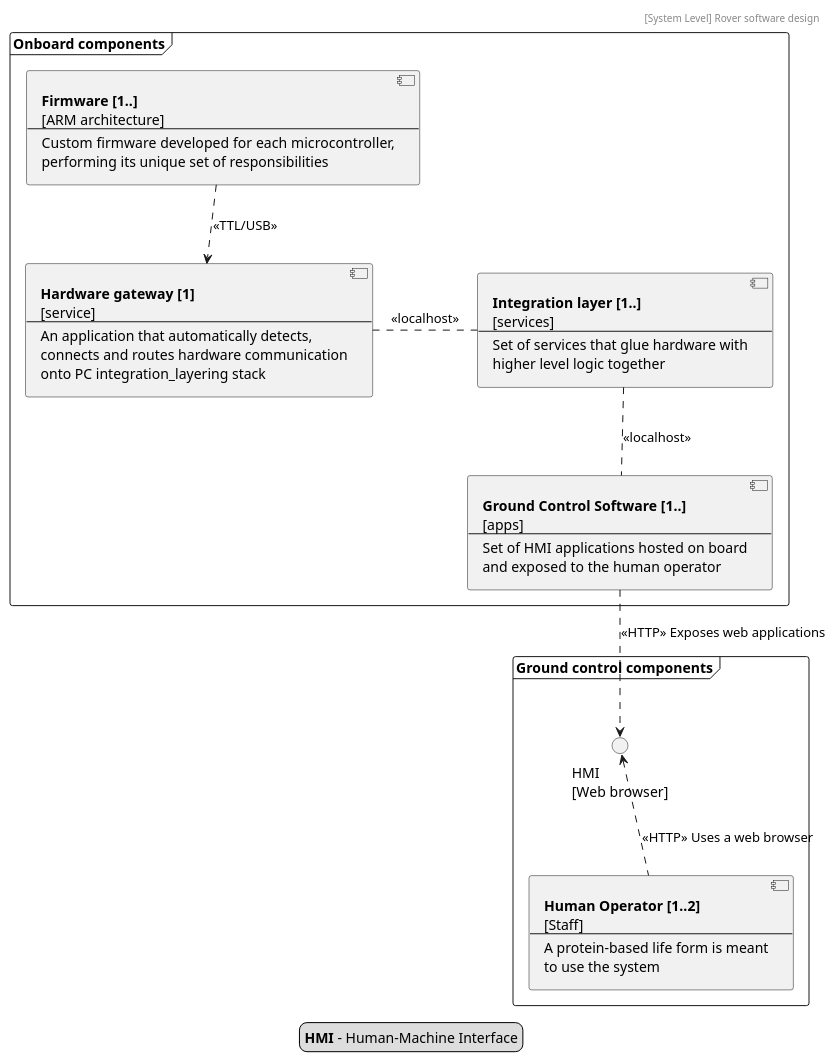
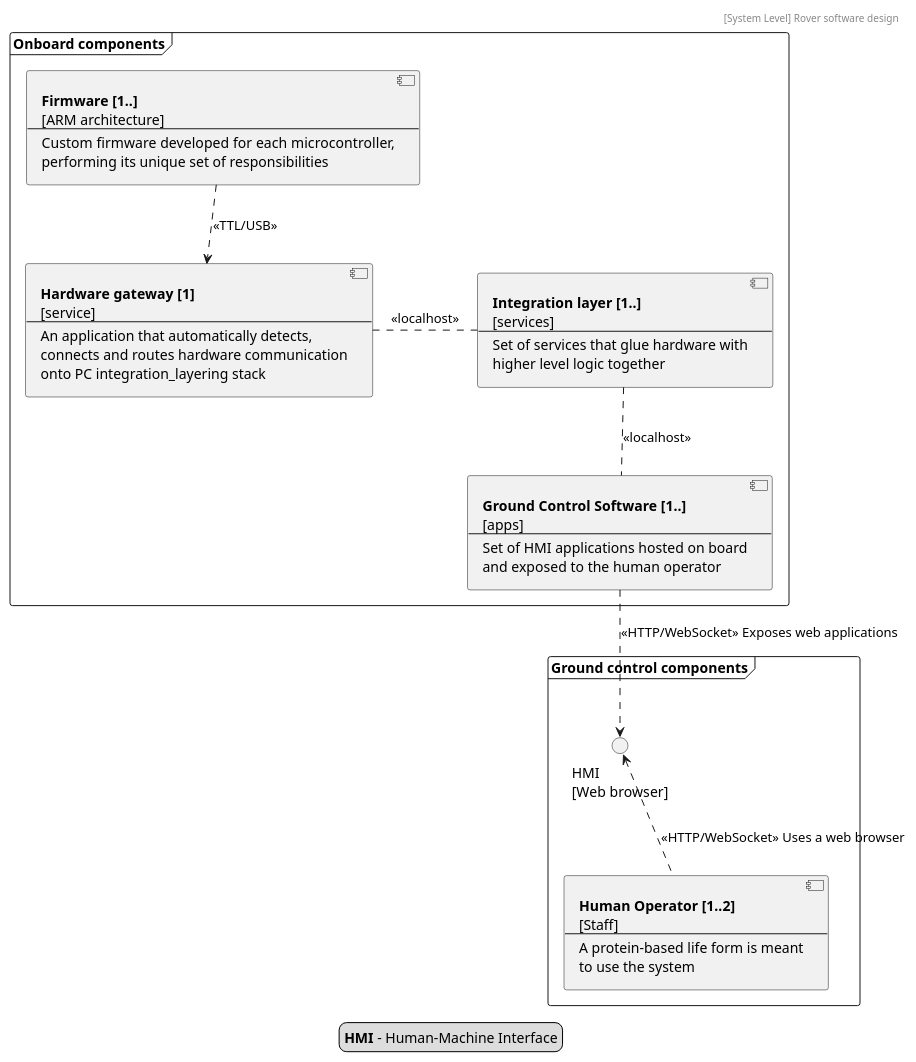
The diagram in uml/c4model/01_system_level/020_system_rover_software_component_diagram.puml (krkruk/mqtt-robot-framework), drawn with PlantUML before and after one commit. The commit also changed 8 other files, not shown here.

```diff
--- a/uml/c4model/01_system_level/020_system_rover_software_component_diagram.puml
+++ b/uml/c4model/01_system_level/020_system_rover_software_component_diagram.puml
@@ -1,51 +1,51 @@
 @startuml [System Level] Rover software design
 header [System Level] Rover software design
 
 frame "Onboard components" {
     component firmware as "**Firmware [1..]**
     [ARM architecture]
     ---
     Custom firmware developed for each microcontroller,
     performing its unique set of responsibilities"
 
     component hardware_gateway as "**Hardware gateway [1]**
     [service]
     ---
     An application that automatically detects,
     connects and routes hardware communication
     onto PC integration_layering stack"
 
     component integration_layer as "**Integration layer [1..]**
     [services]
     ---
     Set of services that glue hardware with
     higher level logic together"
 
     component ground_ctrl_software as "**Ground Control Software [1..]**
     [apps]
     ---
     Set of HMI applications hosted on board
     and exposed to the human operator"
 }
 
 frame "Ground control components" {
 
     component operator as "**Human Operator [1..2]**
     [Staff]
     ---
     A protein-based life form is meant
     to use the system"
 
     () hmi as "HMI\n[Web browser]"
 }
 
 ground_ctrl_software .up. integration_layer: <<localhost>>
 hardware_gateway . integration_layer: <<localhost>>
 firmware .down.> hardware_gateway: <<TTL/USB>>
-operator .up.> hmi: <<HTTP>> Uses a web browser
-ground_ctrl_software .down.> hmi: <<HTTP>> Exposes web applications
+operator .up.> hmi: <<HTTP/WebSocket>> Uses a web browser
+ground_ctrl_software .down.> hmi: <<HTTP/WebSocket>> Exposes web applications
 
 legend
     **HMI** - Human-Machine Interface
 end legend
 @enduml
```
